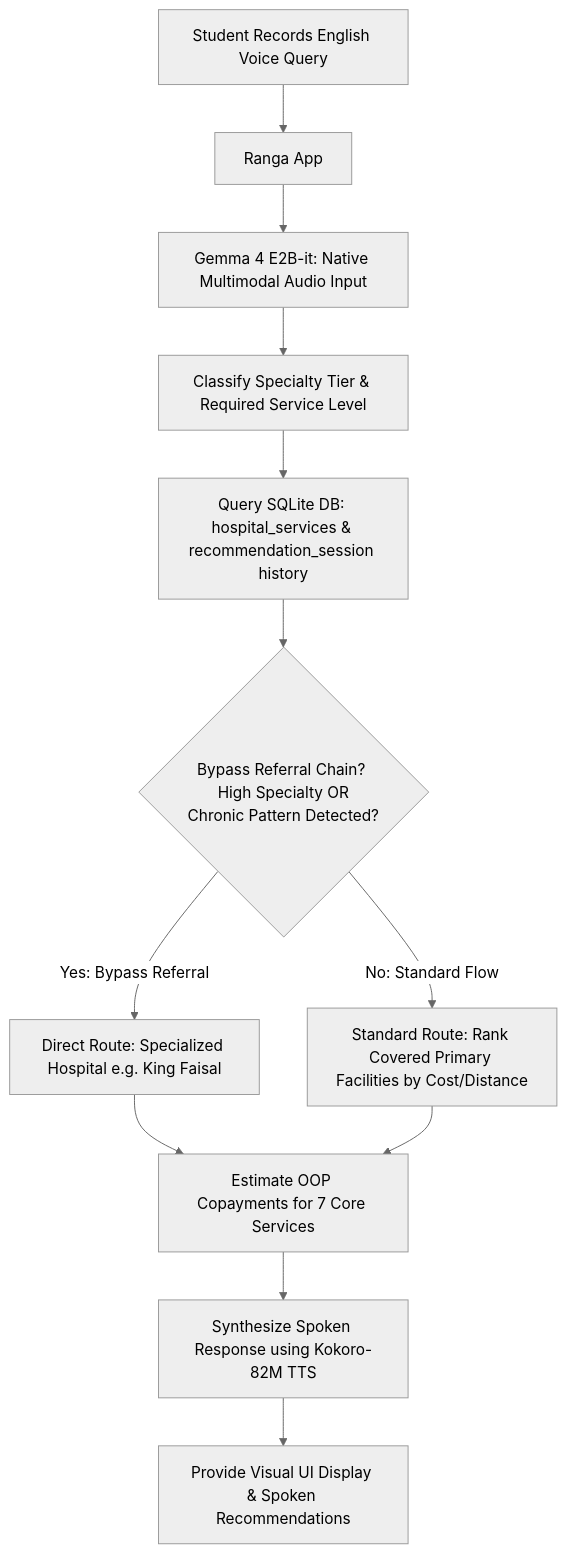
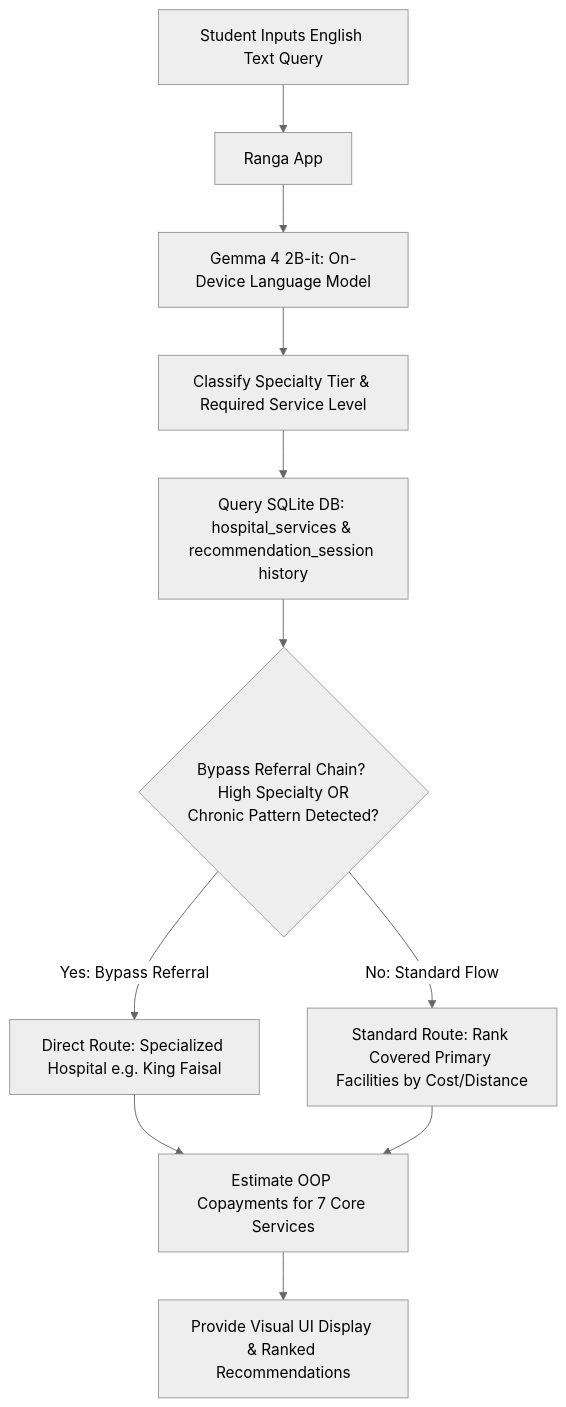
The first of 11 diagrams in proposal.md (tuyishimejeandamour/capstone), drawn with Mermaid (neutral theme) before and after one commit. The commit also changed other lines of this file and 52 other files, not shown here.

Commit message:
Update project dependencies, enhance database schema for hospitals, and improve location-based hospital recommendations in the app.

````diff
--- a/proposal.md
+++ b/proposal.md
@@ -81,14 +80,13 @@
 ```mermaid
 graph TD
-    A[Student Records English Voice Query] --> B[Ranga App]
-    B --> C[Gemma 4 E2B-it: Native Multimodal Audio Input]
+    A[Student Inputs English Text Query] --> B[Ranga App]
+    B --> C[Gemma 4 2B-it: On-Device Language Model]
     C --> D[Classify Specialty Tier & Required Service Level]
     D --> E[Query SQLite DB: hospital_services & recommendation_session history]
     E --> F{Bypass Referral Chain? <br> High Specialty OR Chronic Pattern Detected?}
     F -->|Yes: Bypass Referral| G[Direct Route: Specialized Hospital e.g. King Faisal]
     F -->|No: Standard Flow| H[Standard Route: Rank Covered Primary Facilities by Cost/Distance]
     G --> I[Estimate OOP Copayments for 7 Core Services]
     H --> I
-    I --> J[Synthesize Spoken Response using Kokoro-82M TTS]
-    J --> K[Provide Visual UI Display & Spoken Recommendations]
+    I --> K[Provide Visual UI Display & Ranked Recommendations]
 ```
````
